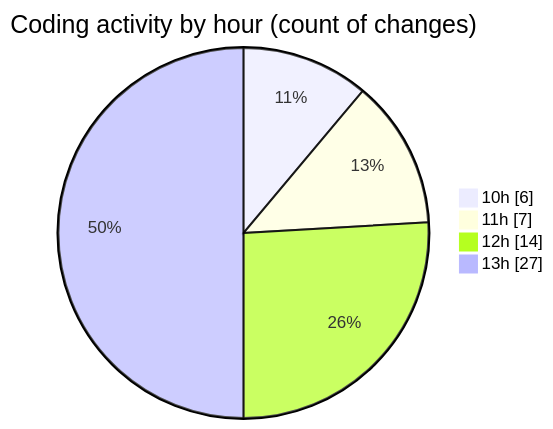
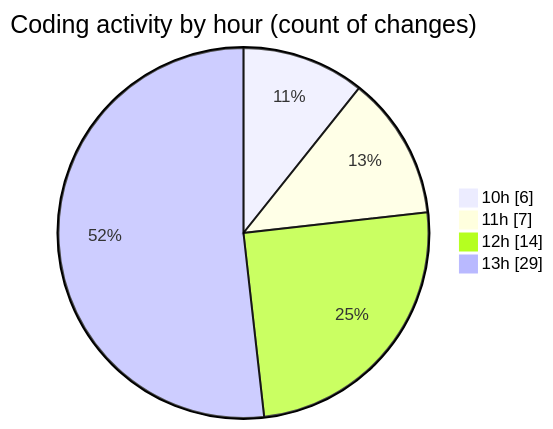
One commit to momahboobian/code-tracking changed the second of 2 diagrams in 2025-06-23/cda/README.md. Above: the diagram before and after it, drawn with Mermaid. The commit also changed other lines of this file and 1 other file, not shown here.

````diff
--- a/2025-06-23/cda/README.md
+++ b/2025-06-23/cda/README.md
@@ -35,8 +35,8 @@
 ```mermaid
 pie showData
 title Coding activity by hour (count of changes)
 "10h" : 6
 "11h" : 7
 "12h" : 14
-"13h" : 27
+"13h" : 29
 ```
````
